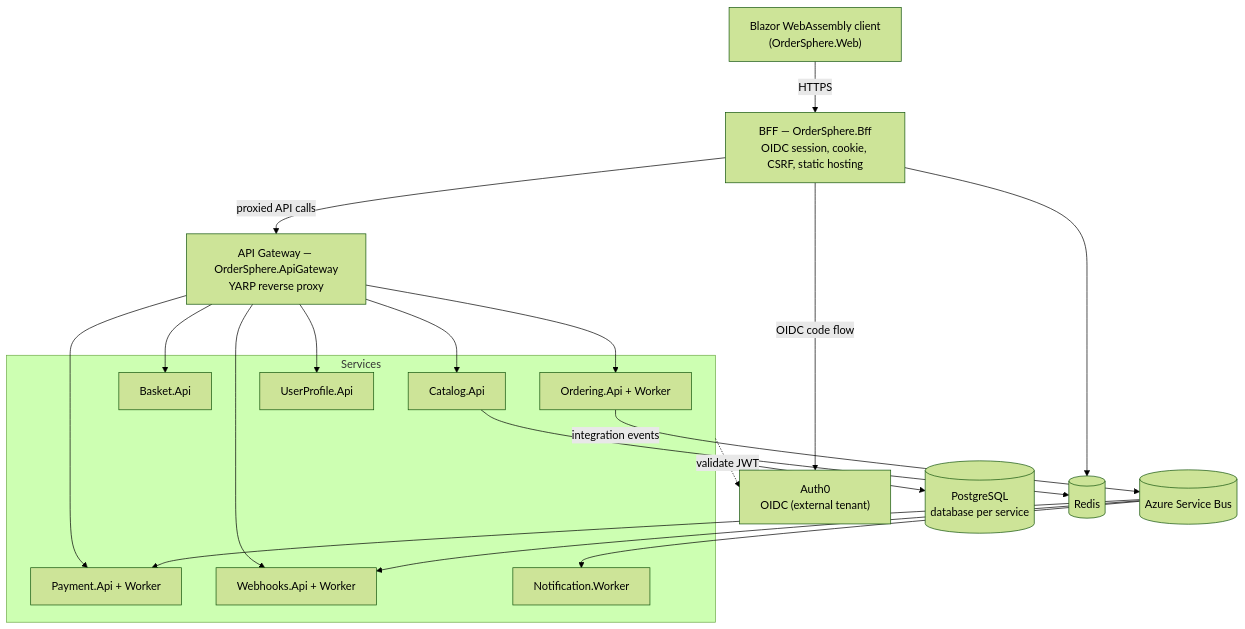
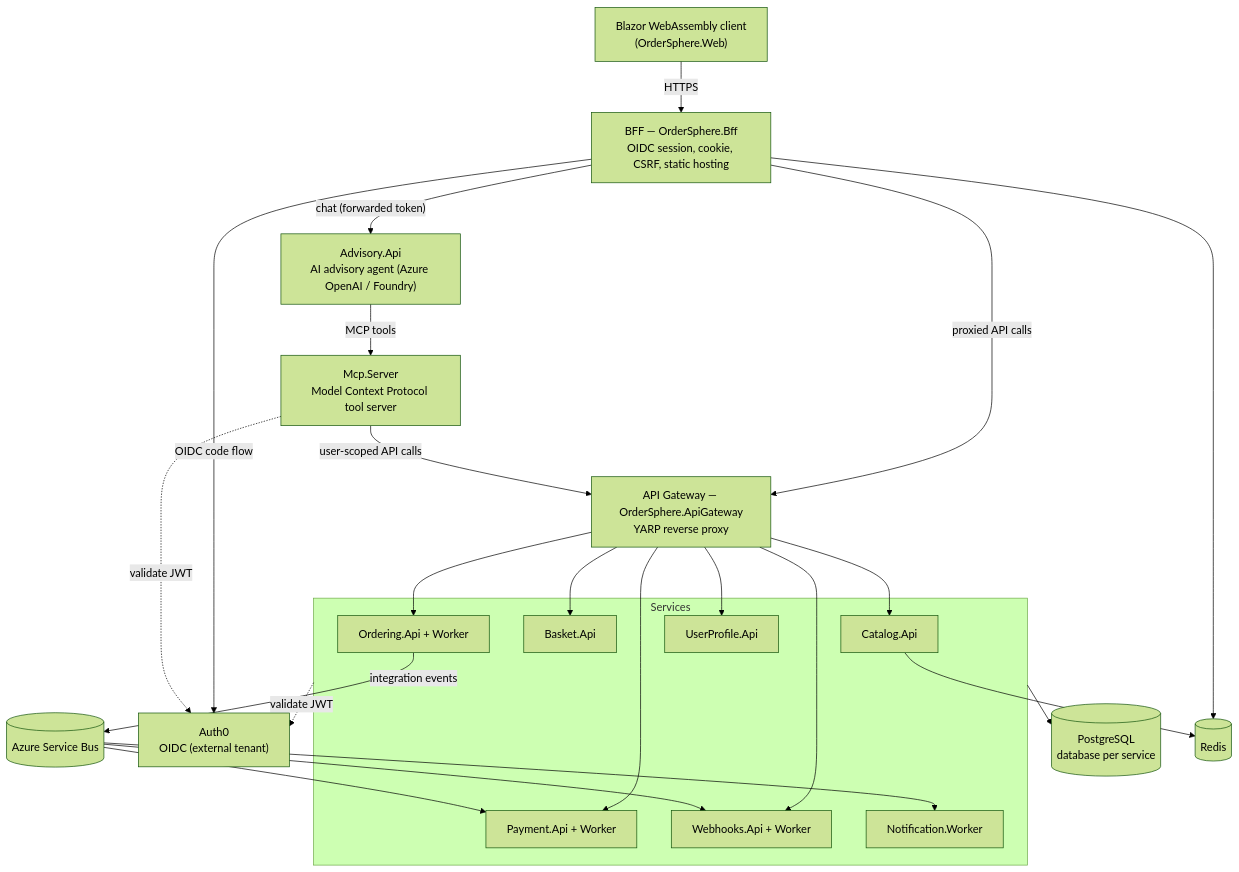
One commit to MoritzWaldau/OrderSphere changed the diagram in README.md. Above: the diagram before and after it, drawn with Mermaid (forest theme). The commit also changed other lines of this file and 18 other files, not shown here.

````diff
--- a/README.md
+++ b/README.md
@@ -44,32 +49,38 @@
 ```mermaid
 flowchart TD
     Browser["Blazor WebAssembly client<br/>(OrderSphere.Web)"]
     BFF["BFF — OrderSphere.Bff<br/>OIDC session, cookie, CSRF, static hosting"]
     GW["API Gateway — OrderSphere.ApiGateway<br/>YARP reverse proxy"]
     KC["Auth0<br/>OIDC (external tenant)"]
+    Advisory["Advisory.Api<br/>AI advisory agent (Azure OpenAI / Foundry)"]
+    MCP["Mcp.Server<br/>Model Context Protocol tool server"]
 
     subgraph Services
         Catalog["Catalog.Api"]
         Basket["Basket.Api"]
         Ordering["Ordering.Api + Worker"]
         Payment["Payment.Api + Worker"]
         UserProfile["UserProfile.Api"]
         Webhooks["Webhooks.Api + Worker"]
         Notification["Notification.Worker"]
     end
 
     SB[("Azure Service Bus")]
     PG[("PostgreSQL<br/>database per service")]
     Redis[("Redis")]
 
     Browser -->|"HTTPS"| BFF
     BFF -->|"OIDC code flow"| KC
     BFF -->|"proxied API calls"| GW
+    BFF -->|"chat (forwarded token)"| Advisory
+    Advisory -->|"MCP tools"| MCP
+    MCP -->|"user-scoped API calls"| GW
     GW --> Catalog & Basket & Ordering & Payment & UserProfile & Webhooks
     Services -.->|"validate JWT"| KC
+    MCP -.->|"validate JWT"| KC
     Ordering -->|"integration events"| SB
     SB --> Payment & Notification & Webhooks
     Services --> PG
     Catalog --> Redis
     BFF --> Redis
 ```
````
